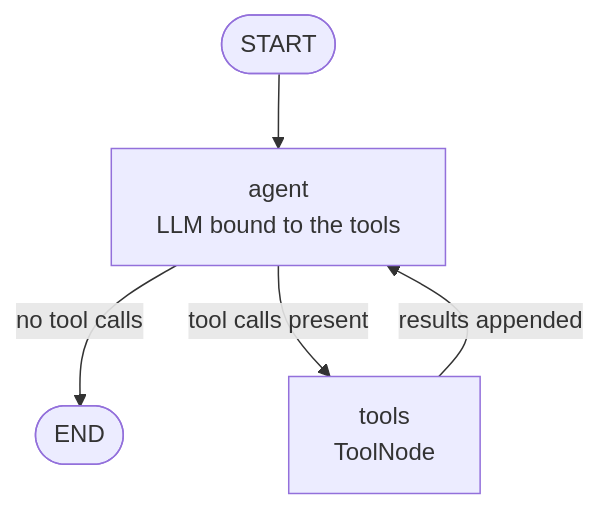
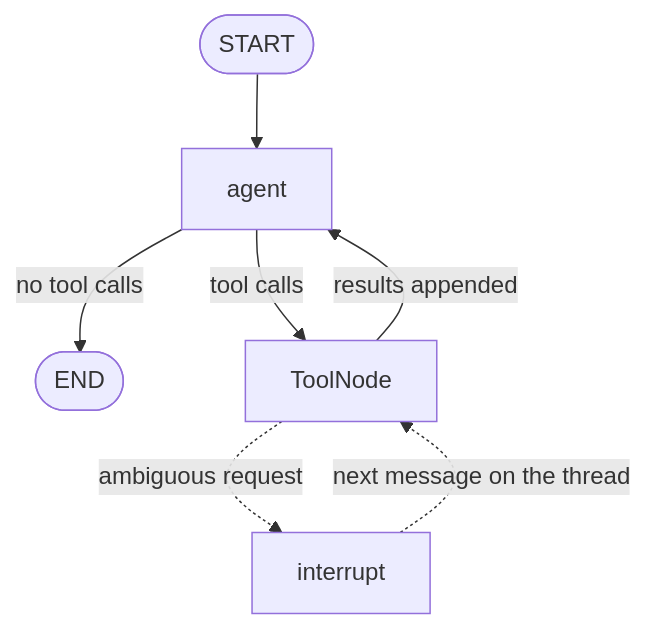
The second of 2 diagrams in README.md (vroslmend/kitty-agent), drawn with Mermaid before and after one commit. The commit also changed other lines of this file and 1 other file, not shown here.

First line of the commit message:
Document Kitty's deployed architecture (#8)

````diff
--- a/README.md
+++ b/README.md
@@ -50,7 +65,9 @@
 ```mermaid
 flowchart TD
-    start([START]) --> agent["agent<br/>LLM bound to the tools"]
-    agent -->|"no tool calls"| finish([END])
-    agent -->|"tool calls present"| tools["tools<br/>ToolNode"]
-    tools -->|"results appended"| agent
+    start([START]) --> agent[agent]
+    agent -->|no tool calls| finish([END])
+    agent -->|tool calls| tools[ToolNode]
+    tools -->|results appended| agent
+    tools -.->|ambiguous request| pause[interrupt]
+    pause -.->|next message on the thread| tools
 ```
````
